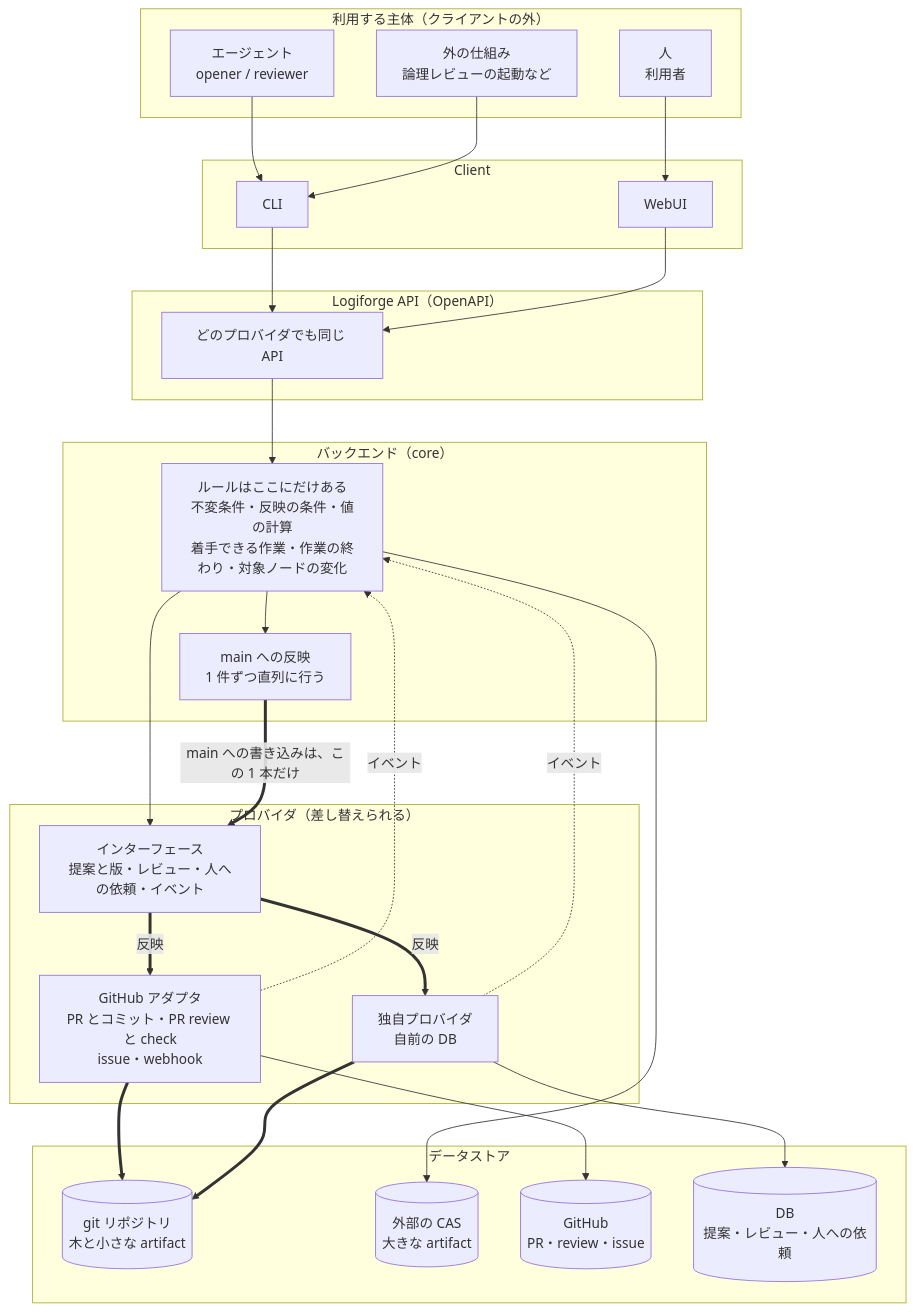
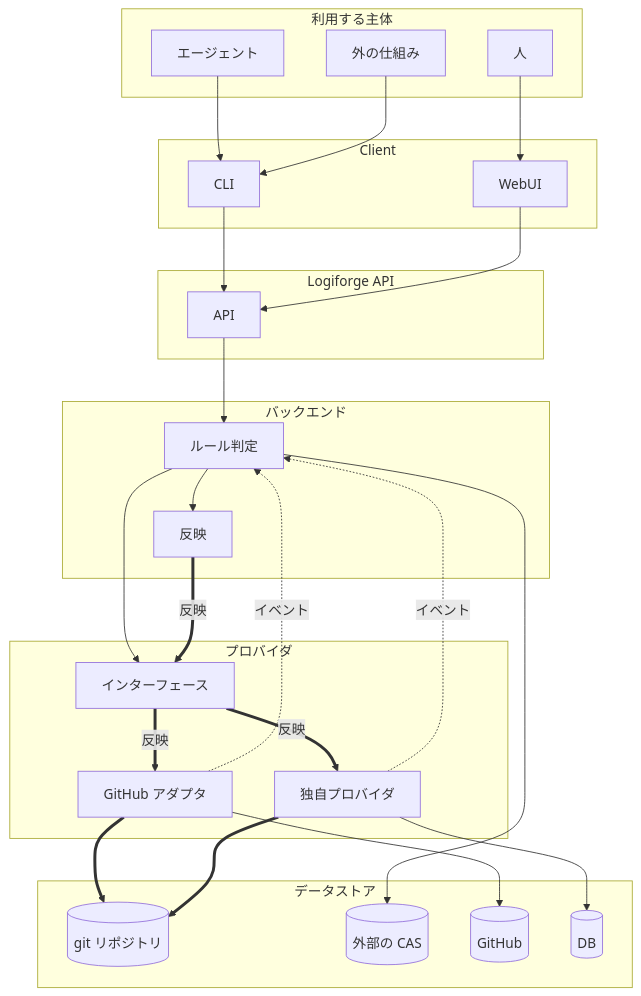
One commit to yamambainc/logiforge changed the diagram in design/architecture.md. Above: the diagram before and after it, drawn with Mermaid. The commit also changed other lines of this file and 9 other files, not shown here.

First line of the commit message:
docs, design: mermaid の中に説明文を書かない規則を skill に足し、図を直した

````diff
--- a/design/architecture.md
+++ b/design/architecture.md
@@ -8,48 +8,48 @@
 ```mermaid
 flowchart TB
-  subgraph US["利用する主体（クライアントの外）"]
-    AGT["エージェント<br/>opener / reviewer"]
-    EXT["外の仕組み<br/>論理レビューの起動など"]
-    HUM["人<br/>利用者"]
+  subgraph US["利用する主体"]
+    AGT["エージェント"]
+    EXT["外の仕組み"]
+    HUM["人"]
   end
   subgraph CL["Client"]
     CLI["CLI"]
     WEB["WebUI"]
   end
+  subgraph AP["Logiforge API"]
+    API["API"]
+  end
+  subgraph BE["バックエンド"]
+    RULE["ルール判定"]
+    MERGE["反映"]
+  end
+  subgraph PR["プロバイダ"]
+    IF["インターフェース"]
+    GH["GitHub アダプタ"]
+    NA["独自プロバイダ"]
+  end
+  subgraph DS["データストア"]
+    GIT[("git リポジトリ")]
+    CAS[("外部の CAS")]
+    GHS[("GitHub")]
+    DB[("DB")]
+  end
   AGT --> CLI
   EXT --> CLI
   HUM --> WEB
-  subgraph AP["Logiforge API（OpenAPI）"]
-    API["どのプロバイダでも同じ API"]
-  end
-  subgraph BE["バックエンド（core）"]
-    RULE["ルールはここにだけある<br/>不変条件・反映の条件・値の計算<br/>着手できる作業・作業の終わり・対象ノードの変化"]
-    MERGE["main への反映<br/>1 件ずつ直列に行う"]
-  end
-  subgraph PR["プロバイダ（差し替えられる）"]
-    IF["インターフェース<br/>提案と版・レビュー・人への依頼・イベント"]
-    GH["GitHub アダプタ<br/>PR とコミット・PR review と check<br/>issue・webhook"]
-    NA["独自プロバイダ<br/>自前の DB"]
-  end
-  subgraph DS["データストア"]
-    GIT[("git リポジトリ<br/>木と小さな artifact")]
-    CAS[("外部の CAS<br/>大きな artifact")]
-    GHS[("GitHub<br/>PR・review・issue")]
-    DB[("DB<br/>提案・レビュー・人への依頼")]
-  end
   CLI --> API
   WEB --> API
   API --> RULE
   RULE --> MERGE
   RULE --> IF
-  MERGE ==>|"main への書き込みは、この 1 本だけ"| IF
-  IF ==>|"反映"| GH
-  IF ==>|"反映"| NA
+  MERGE ==>|反映| IF
+  IF ==>|反映| GH
+  IF ==>|反映| NA
   GH ==> GIT
   NA ==> GIT
   GH --> GHS
   NA --> DB
   RULE --> CAS
-  GH -. "イベント" .-> RULE
-  NA -. "イベント" .-> RULE
+  GH -.->|イベント| RULE
+  NA -.->|イベント| RULE
 ```
````
